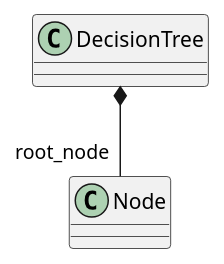
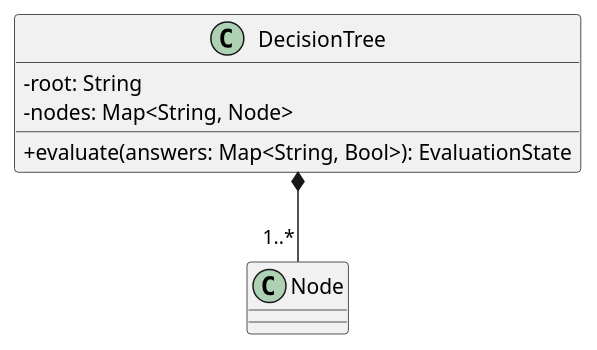
One commit to GroupRubberDuck/Documentazione changed the diagram in src/PB/DocumentazioneEsterna/Specifica_Tecnica/content/uml/puml/Diagrammi_classi/Backend/Domain/DecisionTree.puml. Above: the diagram before and after it, drawn with PlantUML. The commit also changed 24 other files, not shown here.

```diff
--- a/src/PB/DocumentazioneEsterna/Specifica_Tecnica/content/uml/puml/Diagrammi_classi/Backend/Domain/DecisionTree.puml
+++ b/src/PB/DocumentazioneEsterna/Specifica_Tecnica/content/uml/puml/Diagrammi_classi/Backend/Domain/DecisionTree.puml
@@ -1,10 +1,13 @@
 @startuml DecisionTree
 skinparam linetype ortho
 skinparam classAttributeIconSize 0
 
 class DecisionTree {
-    ' - root_node_id: String
+    - root: String
+    - nodes: Map<String, Node>
+
+    + evaluate(answers: Map<String, Bool>): EvaluationState
 }
-DecisionTree *-- "root_node" Node
+DecisionTree *-- "1..*" Node
 
 @enduml
```
